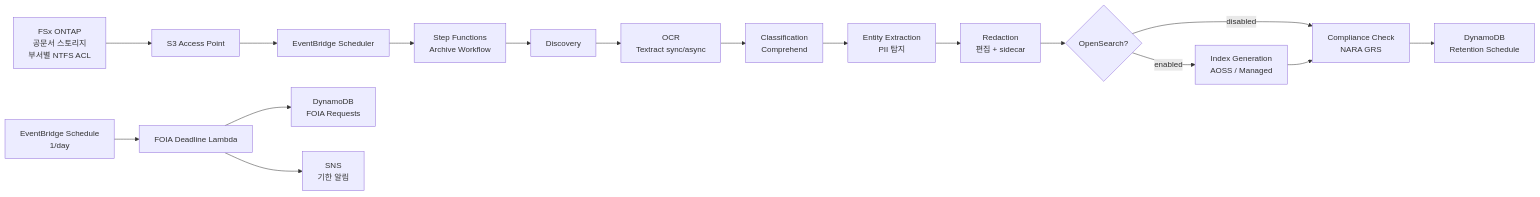
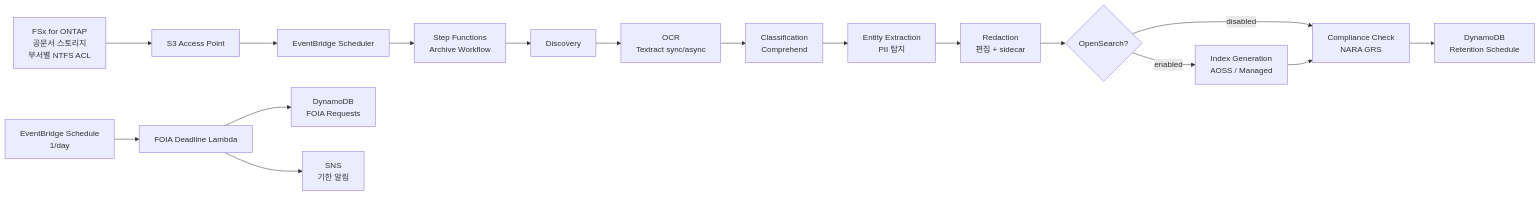
One commit to Yoshiki0705/FSx-for-ONTAP-S3AccessPoints-Serverless-Patterns changed the diagram in government-archives/docs/architecture.ko.md. Above: the diagram before and after it, drawn with Mermaid. The commit also changed other lines of this file and 752 other files, not shown here.

````diff
--- a/government-archives/docs/architecture.ko.md
+++ b/government-archives/docs/architecture.ko.md
@@ -15,20 +15,20 @@
 ```mermaid
 graph LR
-    FSx[FSx ONTAP<br/>공문서 스토리지<br/>부서별 NTFS ACL] --> S3AP[S3 Access Point]
+    FSx[FSx for ONTAP<br/>공문서 스토리지<br/>부서별 NTFS ACL] --> S3AP[S3 Access Point]
     S3AP --> EB[EventBridge Scheduler]
     EB --> SFN[Step Functions<br/>Archive Workflow]
     SFN --> L1[Discovery]
     L1 --> L2[OCR<br/>Textract sync/async]
     L2 --> L3[Classification<br/>Comprehend]
     L3 --> L4[Entity Extraction<br/>PII 탐지]
     L4 --> L5[Redaction<br/>편집 + sidecar]
     L5 --> C{OpenSearch?}
     C -->|enabled| L6[Index Generation<br/>AOSS / Managed]
     C -->|disabled| L7
     L6 --> L7[Compliance Check<br/>NARA GRS]
     L7 --> DDB[DynamoDB<br/>Retention Schedule]
 
     FD[EventBridge Schedule<br/>1/day] --> FL[FOIA Deadline Lambda]
     FL --> FDB[DynamoDB<br/>FOIA Requests]
     FL --> SNS[SNS<br/>기한 알림]
 ```
````
